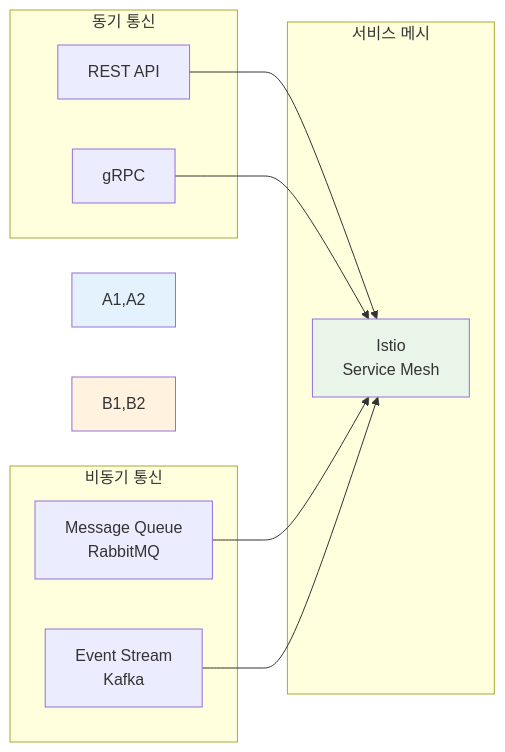
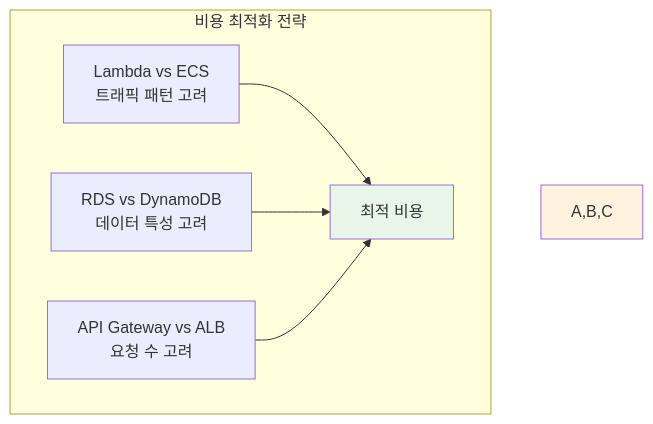
One commit to niceguy61/kdt_devops_lecture_2025 changed the second of 2 diagrams in theory/week_04/day1/README.md. Above: the diagram before and after it, drawn with Mermaid. The commit also changed other lines of this file and 1 other file, not shown here.

````diff
--- a/theory/week_04/day1/README.md
+++ b/theory/week_04/day1/README.md
@@ -155,25 +121,11 @@
 ```mermaid
-graph LR
-    subgraph "동기 통신"
-        A1[REST API]
-        A2[gRPC]
+graph TB
+    subgraph "비용 최적화 전략"
+        A[Lambda vs ECS<br/>트래픽 패턴 고려] --> D[최적 비용]
+        B[RDS vs DynamoDB<br/>데이터 특성 고려] --> D
+        C[API Gateway vs ALB<br/>요청 수 고려] --> D
     end
     
-    subgraph "비동기 통신"
-        B1[Message Queue<br/>RabbitMQ]
-        B2[Event Stream<br/>Kafka]
-    end
-    
-    subgraph "서비스 메시"
-        C1[Istio<br/>Service Mesh]
-    end
-    
-    A1 --> C1
-    A2 --> C1
-    B1 --> C1
-    B2 --> C1
-    
-    style A1,A2 fill:#e3f2fd
-    style B1,B2 fill:#fff3e0
-    style C1 fill:#e8f5e8
+    style A,B,C fill:#fff3e0
+    style D fill:#e8f5e8
 ```
````
